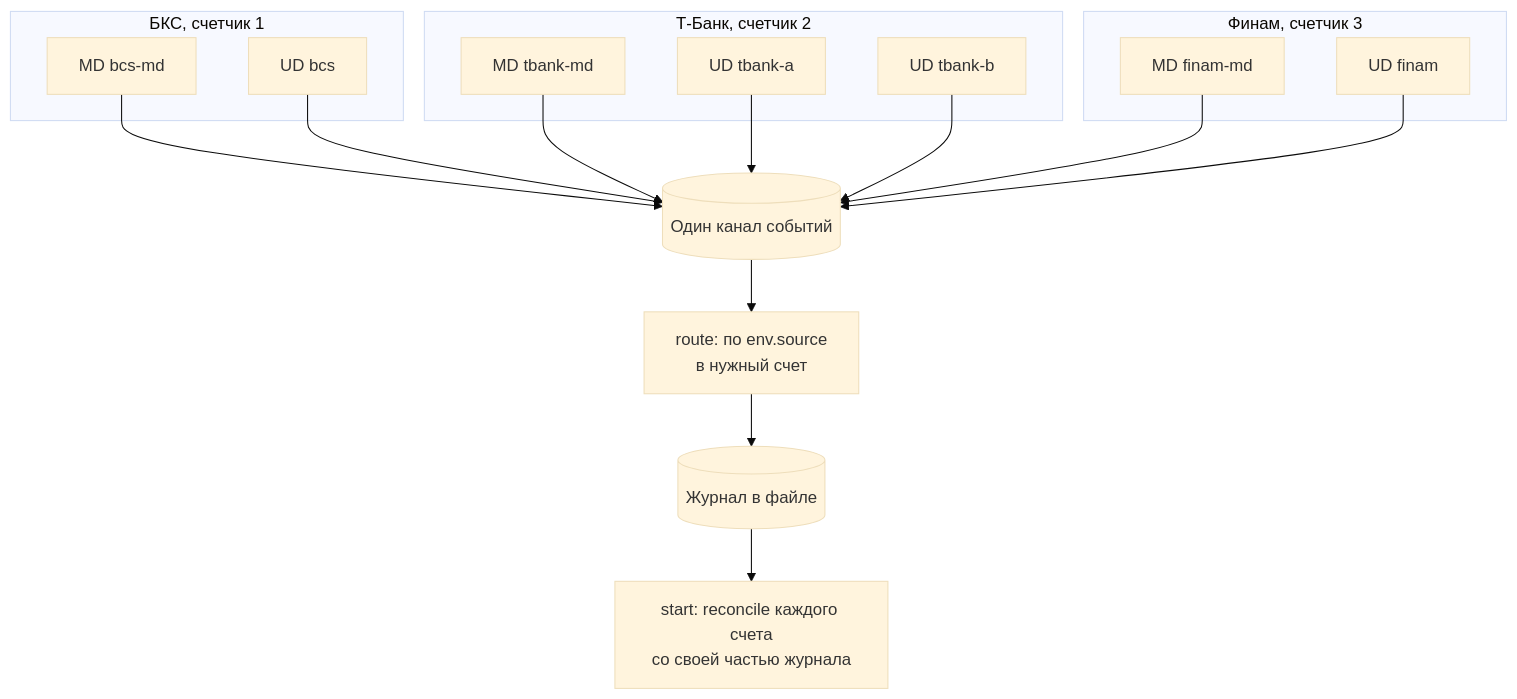
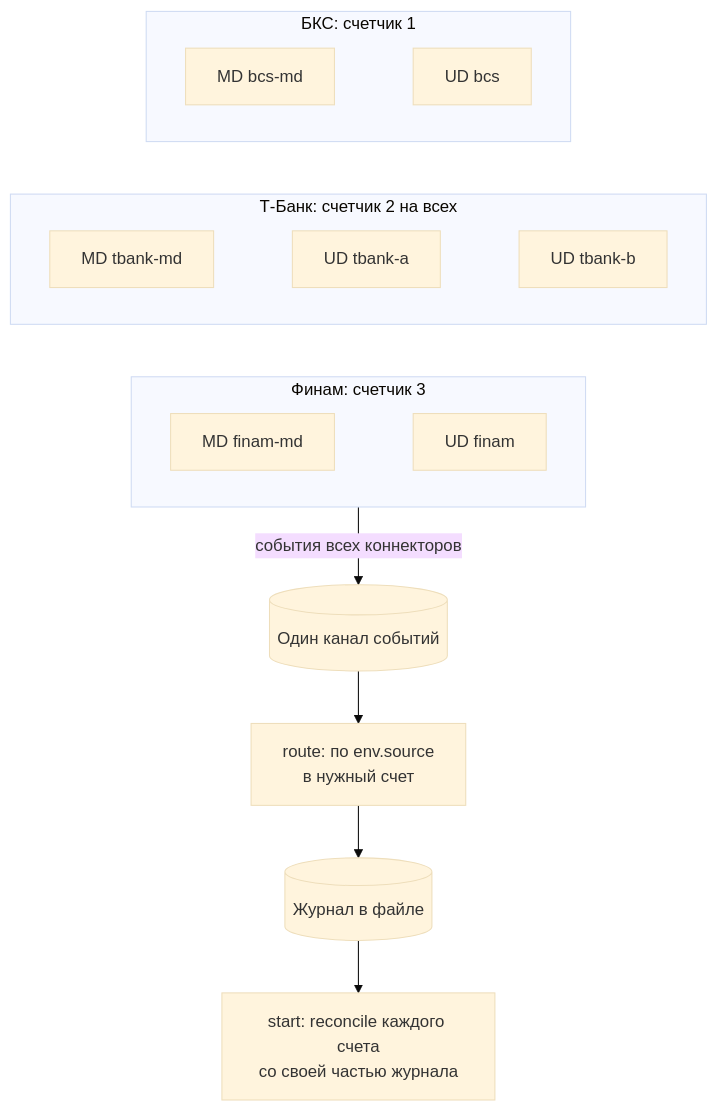
One commit to runinfra/brokapi changed the diagram in docs/src/howto-infrastructure.md. Above: the diagram before and after it, drawn with Mermaid (base theme). The commit also changed other lines of this file and 2 other files, not shown here.

Commit message:
Docs: readable diagrams on phones, retry before giving up an unknown order
The contract diagram no longer starts labels with a list marker (rendered as an error). The
infrastructure diagram stacks the three brokers. The trading bot diagram waits and asks the broker
again before treating an unknown order as not placed, as described on the orders page.

````diff
--- a/docs/src/howto-infrastructure.md
+++ b/docs/src/howto-infrastructure.md
@@ -13,20 +13,20 @@
 ```mermaid
 flowchart TB
-  subgraph B[БКС, счетчик 1]
-    BM[MD bcs-md]
-    BU[UD bcs]
+  subgraph B[БКС: счетчик 1]
+    direction LR
+    BM[MD bcs-md] ~~~ BU[UD bcs]
   end
-  subgraph T[Т-Банк, счетчик 2]
-    TM[MD tbank-md]
-    TA[UD tbank-a]
-    TB[UD tbank-b]
+  subgraph T[Т-Банк: счетчик 2 на всех]
+    direction LR
+    TM[MD tbank-md] ~~~ TA[UD tbank-a] ~~~ TB2[UD tbank-b]
   end
-  subgraph F[Финам, счетчик 3]
-    FM[MD finam-md]
-    FU[UD finam]
+  subgraph F[Финам: счетчик 3]
+    direction LR
+    FM[MD finam-md] ~~~ FU[UD finam]
   end
-  BM & BU & TM & TA & TB & FM & FU --> Q[(Один канал событий)]
+  B ~~~ T ~~~ F
+  F -- события всех коннекторов --> Q[(Один канал событий)]
   Q --> R[route: по env.source<br>в нужный счет]
   R --> J[(Журнал в файле)]
   J --> S[start: reconcile каждого счета<br>со своей частью журнала]
 ```
````
